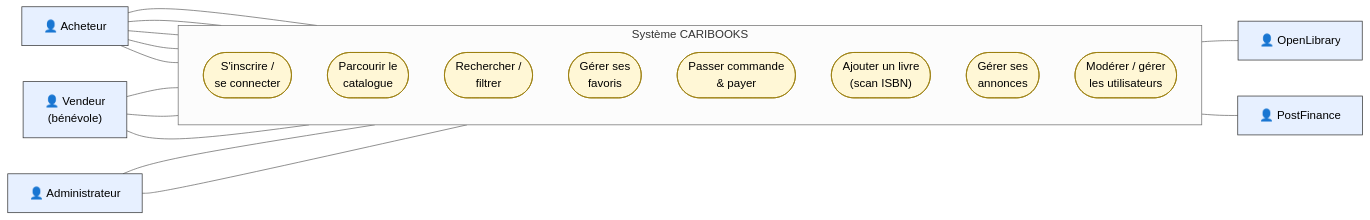
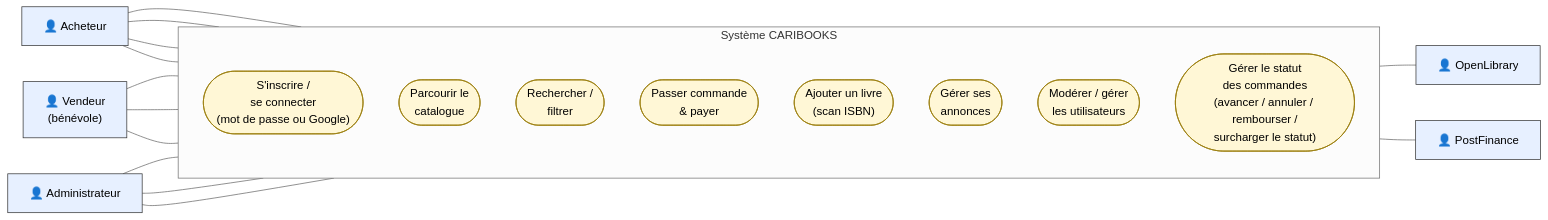
One commit to Visualstudiocodetest/caribooks changed the diagram in diagrams/use_case_global.mmd. Above: the diagram before and after it, drawn with Mermaid (neutral theme). The commit also changed 27 other files, not shown here.

```diff
--- a/diagrams/use_case_global.mmd
+++ b/diagrams/use_case_global.mmd
@@ -1,37 +1,37 @@
 %% Diagramme des cas d'utilisation — Vue globale du système
 flowchart LR
     ach["👤 Acheteur"]
     vend["👤 Vendeur<br/>(bénévole)"]
     admin["👤 Administrateur"]
     ol["👤 OpenLibrary"]
     pf["👤 PostFinance"]
 
     subgraph S["Système CARIBOOKS"]
         direction TB
-        uc1(["S'inscrire /<br/>se connecter"])
+        uc1(["S'inscrire /<br/>se connecter<br/>(mot de passe ou Google)"])
         uc2(["Parcourir le<br/>catalogue"])
         uc3(["Rechercher /<br/>filtrer"])
-        uc4(["Gérer ses<br/>favoris"])
         uc5(["Passer commande<br/>&amp; payer"])
         uc6(["Ajouter un livre<br/>(scan ISBN)"])
         uc7(["Gérer ses<br/>annonces"])
         uc8(["Modérer / gérer<br/>les utilisateurs"])
+        uc9(["Gérer le statut<br/>des commandes<br/>(avancer / annuler / rembourser /<br/>surcharger le statut)"])
     end
 
     ach --- uc1
     ach --- uc2
     ach --- uc3
-    ach --- uc4
     ach --- uc5
     vend --- uc1
     vend --- uc6
     vend --- uc7
     admin --- uc8
     admin --- uc7
+    admin --- uc9
     uc6 --- ol
     uc5 --- pf
 
     classDef actor fill:#e7f0ff,stroke:#333;
     classDef uc fill:#fff7d6,stroke:#9a7d0a;
     class ach,vend,admin,ol,pf actor;
-    class uc1,uc2,uc3,uc4,uc5,uc6,uc7,uc8 uc;
+    class uc1,uc2,uc3,uc5,uc6,uc7,uc8,uc9 uc;
```
